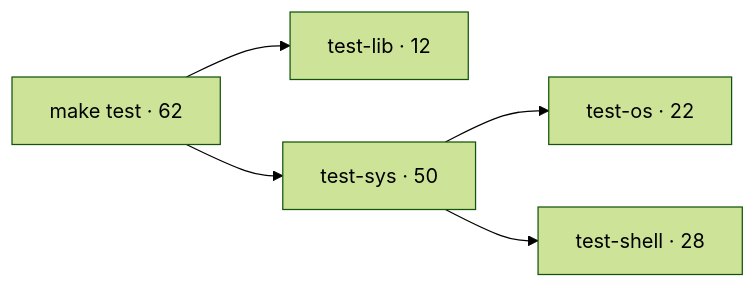
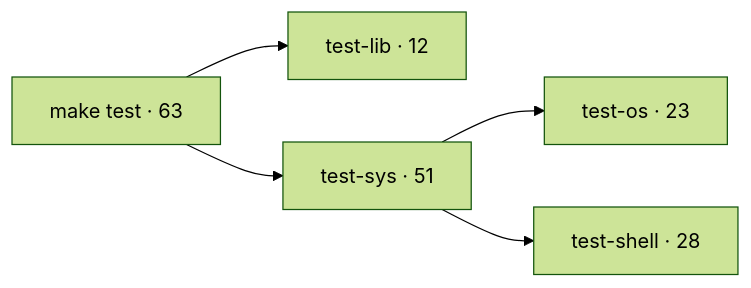
Before and after one commit to matthejue/Pico-OS_Presentation: diagram 31 of 32 in slides.md, drawn with Mermaid (forest theme). The commit also changed other lines of this file and 2 other files, not shown here.

````diff
--- a/slides.md
+++ b/slides.md
@@ -4080,7 +4064,7 @@
 ```mermaid
 flowchart LR
- T["make test · 62"] --> L["test-lib · 12"]
- T --> S["test-sys · 50"]
- S --> O["test-os · 22"]
+ T["make test · 63"] --> L["test-lib · 12"]
+ T --> S["test-sys · 51"]
+ S --> O["test-os · 23"]
  S --> H["test-shell · 28"]
 ```
````
